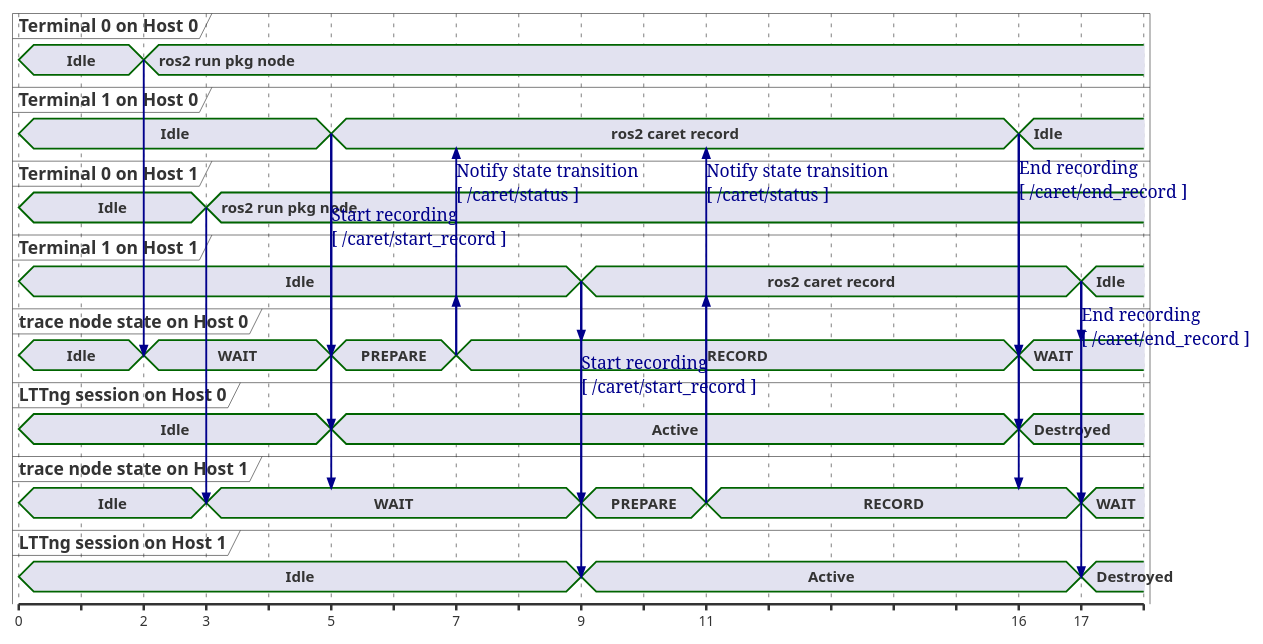
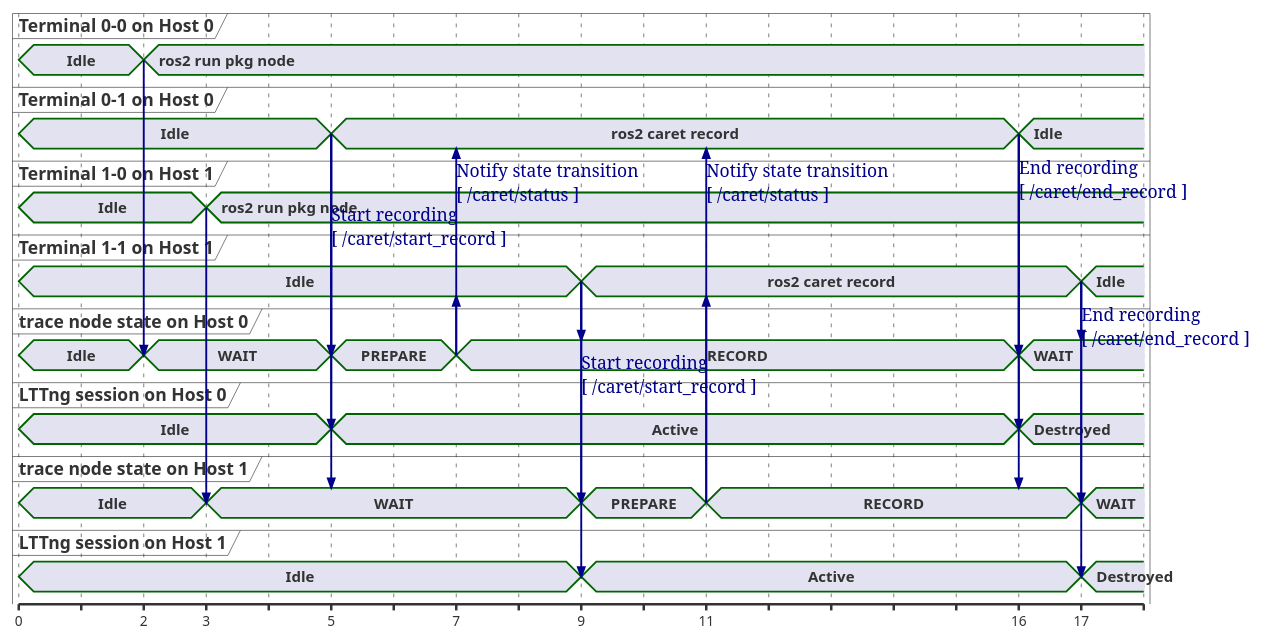
One commit to tier4/caret_doc changed the fourth of 7 diagrams in docs/design/runtime_processing/runtime_recording.md. Above: the diagram before and after it, drawn with PlantUML. The commit also changed other lines of this file, not shown here.

Commit message:
Modify description about multi-host system

````diff
--- a/docs/design/runtime_processing/runtime_recording.md
+++ b/docs/design/runtime_processing/runtime_recording.md
@@ -171,72 +171,72 @@
 ```plantuml
-concise "Terminal 0 on Host 0" as User0_0
-concise "Terminal 1 on Host 0" as User1_0
-concise "Terminal 0 on Host 1" as User0_1
-concise "Terminal 1 on Host 1" as User1_1
-concise "trace node state on Host 0" as Hook_0
-concise "LTTng session on Host 0" as Lttng_0
-concise "trace node state on Host 1" as Hook_1
-concise "LTTng session on Host 1" as Lttng_1
+concise "Terminal 0-0 on Host 0" as User0_0
+concise "Terminal 0-1 on Host 0" as User0_1
+concise "Terminal 1-0 on Host 1" as User1_0
+concise "Terminal 1-1 on Host 1" as User1_1
+concise "trace node state on Host 0" as Hook0
+concise "LTTng session on Host 0" as Lttng0
+concise "trace node state on Host 1" as Hook1
+concise "LTTng session on Host 1" as Lttng1
 
 @0
 User0_0 is "Idle"
+User0_1 is "Idle"
+Hook0 is "Idle"
+Lttng0 is "Idle"
 User1_0 is "Idle"
-Hook_0 is "Idle"
-Lttng_0 is "Idle"
-User0_1 is "Idle"
 User1_1 is "Idle"
-Hook_1 is "Idle"
-Lttng_1 is "Idle"
+Hook1 is "Idle"
+Lttng1 is "Idle"
 
 @2
 User0_0 is "ros2 run pkg node"
-Hook_0 is WAIT
-User0_0 -> Hook_0
+Hook0 is WAIT
+User0_0 -> Hook0
 
 @3
-User0_1 is "ros2 run pkg node"
-Hook_1 is WAIT
-User0_1 -> Hook_1
+User1_0 is "ros2 run pkg node"
+Hook1 is WAIT
+User1_0 -> Hook1
 
 @5
-User1_0 is "ros2 caret record"
-Hook_0 is PREPARE
-User1_0 -> Hook_0 : Start recording \n[ /caret/start_record ]\n\n\n\n
-User1_0 -> Lttng_0
-Lttng_0 is "Active"
-User1_0 -> Hook_1
+User0_1 is "ros2 caret record"
+Hook0 is PREPARE
+User0_1 -> Hook0 : Start recording \n[ /caret/start_record ]\n\n\n\n
+User0_1 -> Lttng0
+Lttng0 is "Active"
+User0_1 -> Hook1
 
 @7
-Hook_0 is RECORD
-Hook_0 -> User1_0 : Notify state transition \n[ /caret/status ]
-Hook_0 -> User1_1
+Hook0 is RECORD
+Hook0 -> User0_1 : Notify state transition \n[ /caret/status ]
+Hook0 -> User1_1
 
 @9
 User1_1 is "ros2 caret record"
-Hook_1 is PREPARE
-User1_1 -> Hook_1 : Start recording \n[ /caret/start_record ]\n\n\n\n
-User1_1 -> Lttng_1
-Lttng_1 is "Active"
-User1_1 -> Hook_0
+Hook1 is PREPARE
+User1_1 -> Hook1 : Start recording \n[ /caret/start_record ]\n\n\n\n
+User1_1 -> Lttng1
+Lttng1 is "Active"
+User1_1 -> Hook0
 
 @11
-Hook_1 is RECORD
-Hook_1 -> User1_1
-Hook_1 -> User1_0 : Notify state transition \n[ /caret/status ]\n
+Hook1 is RECORD
+Hook1 -> User1_1
+Hook1 -> User0_1 : Notify state transition \n[ /caret/status ]\n
 
 @16
-User1_0 is "Idle"
-Hook_0 is WAIT
-User1_0 -> Hook_0 : End recording \n[ /caret/end_record ]\n\n\n\n\n\n
-User1_0 -> Lttng_0
-User1_0 -> Hook_1
-Lttng_0 is "Destroyed"
+User0_1 is "Idle"
+Hook0 is WAIT
+User0_1 -> Hook0 : End recording \n[ /caret/end_record ]\n\n\n\n\n\n
+User0_1 -> Lttng0
+User0_1 -> Hook1
+Lttng0 is "Destroyed"
 
 @17
 User1_1 is "Idle"
-Hook_1 is WAIT
-User1_1 -> Hook_1 : End recording \n[ /caret/end_record ]\n\n\n\n\n\n
-User1_1 -> Lttng_1
-User1_1 -> Hook_0
-Lttng_1 is "Destroyed"
+Hook1 is WAIT
+User1_1 -> Hook1 : End recording \n[ /caret/end_record ]\n\n\n\n\n\n
+User1_1 -> Lttng1
+User1_1 -> Hook0
+Lttng1 is "Destroyed"
 ```
````
